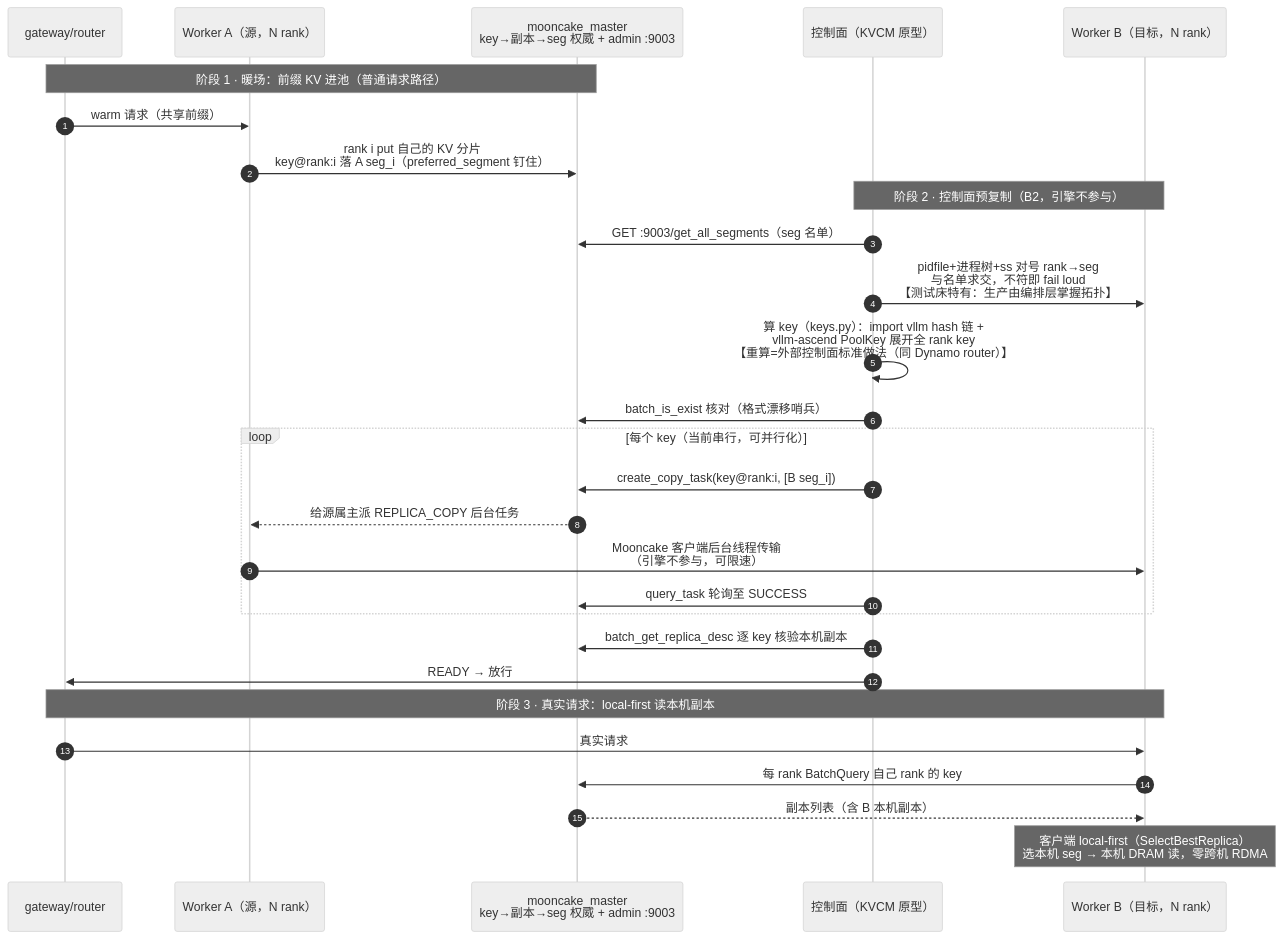
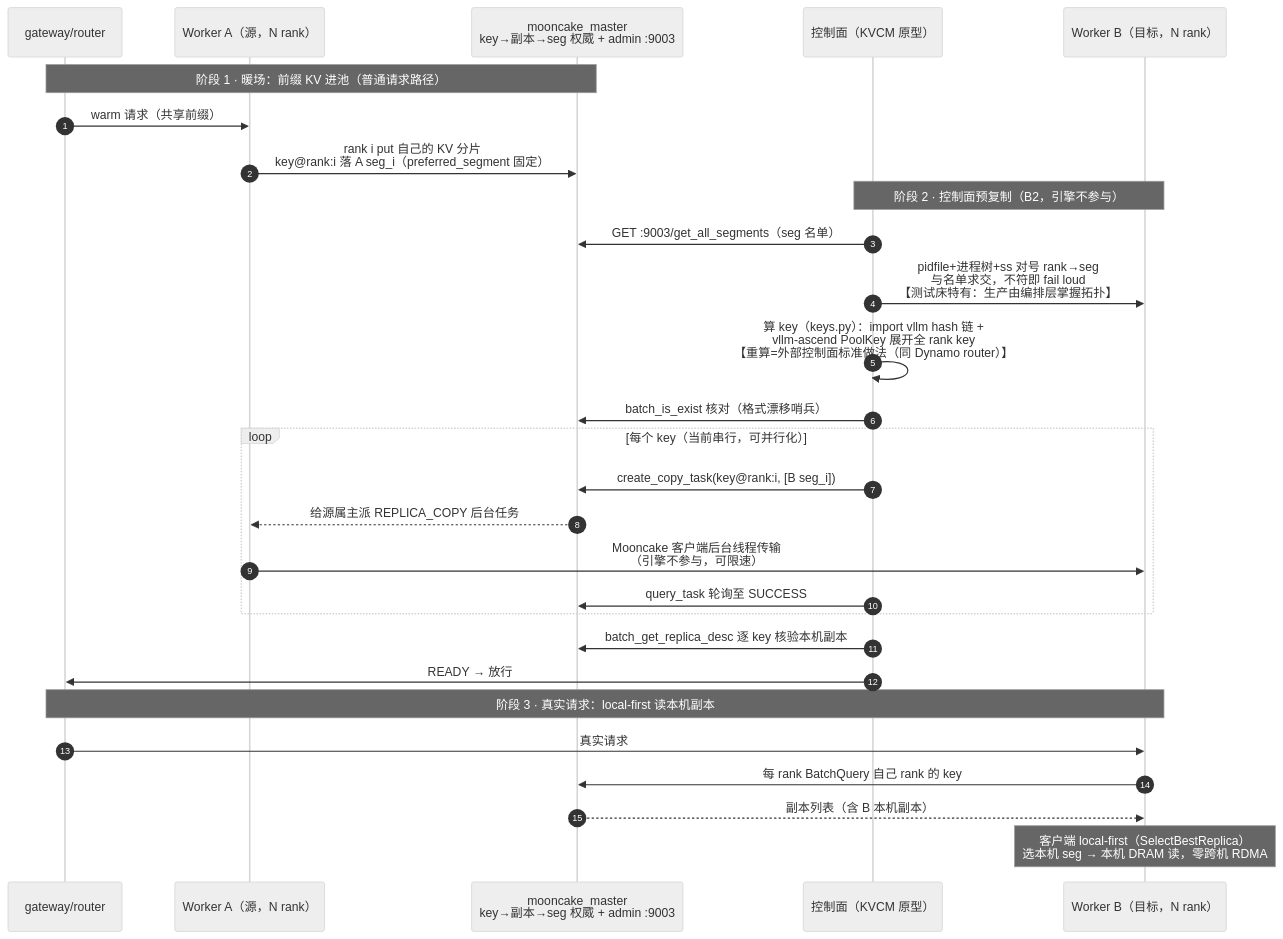
The first of 2 diagrams in kvcm/README.md (5x8-40/lake), drawn with Mermaid (neutral theme) before and after one commit. The commit also changed other lines of this file and 4 other files, not shown here.

````diff
--- a/kvcm/README.md
+++ b/kvcm/README.md
@@ -192,33 +192,33 @@
 ```mermaid
 sequenceDiagram
     autonumber
     participant G as gateway/router
     participant A as Worker A（源，N rank）
     participant M as mooncake_master<br/>key→副本→seg 权威 + admin :9003
     participant CP as 控制面（KVCM 原型）
     participant B as Worker B（目标，N rank）
 
     Note over G,M: 阶段 1 · 暖场：前缀 KV 进池（普通请求路径）
     G->>A: warm 请求（共享前缀）
-    A->>M: rank i put 自己的 KV 分片<br/>key@rank:i 落 A seg_i（preferred_segment 钉住）
+    A->>M: rank i put 自己的 KV 分片<br/>key@rank:i 落 A seg_i（preferred_segment 固定）
 
     Note over CP,B: 阶段 2 · 控制面预复制（B2，引擎不参与）
     CP->>M: GET :9003/get_all_segments（seg 名单）
     CP->>B: pidfile+进程树+ss 对号 rank→seg<br/>与名单求交，不符即 fail loud<br/>【测试床特有：生产由编排层掌握拓扑】
     CP->>CP: 算 key（keys.py）：import vllm hash 链 +<br/>vllm-ascend PoolKey 展开全 rank key<br/>【重算=外部控制面标准做法（同 Dynamo router）】
     CP->>M: batch_is_exist 核对（格式漂移哨兵）
     loop 每个 key（当前串行，可并行化）
         CP->>M: create_copy_task(key@rank:i, [B seg_i])
         M-->>A: 给源属主派 REPLICA_COPY 后台任务
         A->>B: Mooncake 客户端后台线程传输<br/>（引擎不参与，可限速）
         CP->>M: query_task 轮询至 SUCCESS
     end
     CP->>M: batch_get_replica_desc 逐 key 核验本机副本
     CP->>G: READY → 放行
 
     Note over G,B: 阶段 3 · 真实请求：local-first 读本机副本
     G->>B: 真实请求
     B->>M: 每 rank BatchQuery 自己 rank 的 key
     M-->>B: 副本列表（含 B 本机副本）
     Note over B: 客户端 local-first（SelectBestReplica）<br/>选本机 seg → 本机 DRAM 读，零跨机 RDMA
 ```
````
